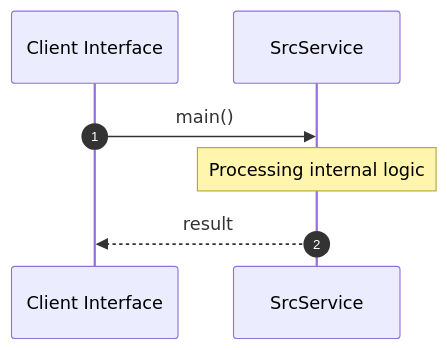
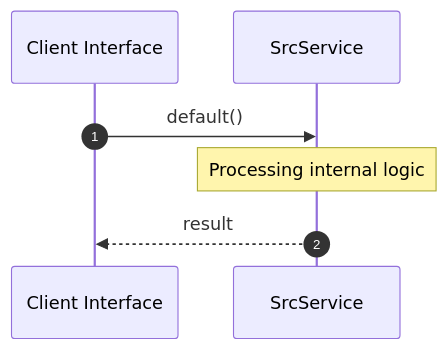
Before and after one commit to lgcorzo/rust_CACD_autonomous_factory: the second of 2 diagrams in openwiki/crates/factory-mcp-server/src/index.md, drawn with Mermaid. The commit also changed other lines of this file and 37 other files, not shown here.

Commit message:
docs: generate ISO compliant OpenWiki architecture documentation

````diff
--- a/openwiki/crates/factory-mcp-server/src/index.md
+++ b/openwiki/crates/factory-mcp-server/src/index.md
@@ -75,10 +75,10 @@
 ```mermaid
 sequenceDiagram
     autonumber
     participant Caller as Client Interface
     participant Svc as SrcService
-    Caller->>Svc: main()
+    Caller->>Svc: default()
     Note over Svc: Processing internal logic
     Svc-->>Caller: result
 
 ```
````
